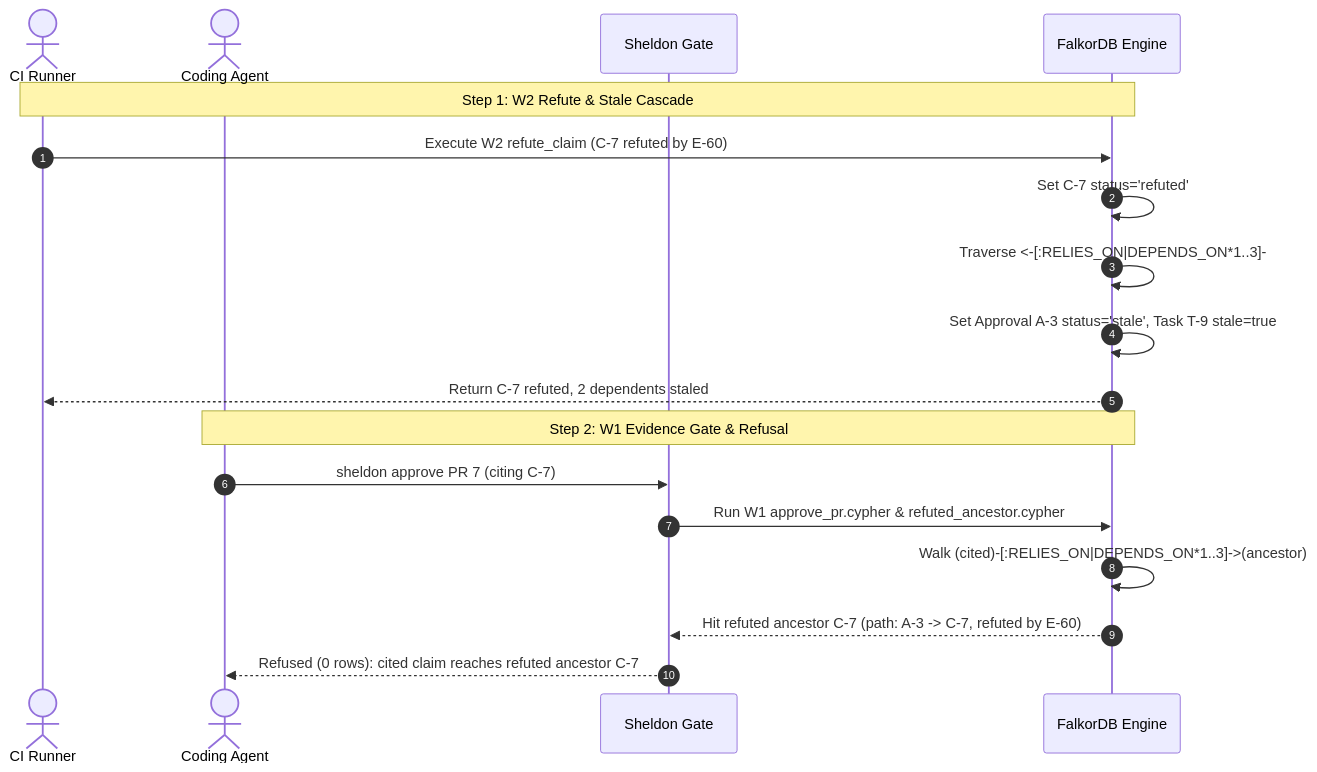
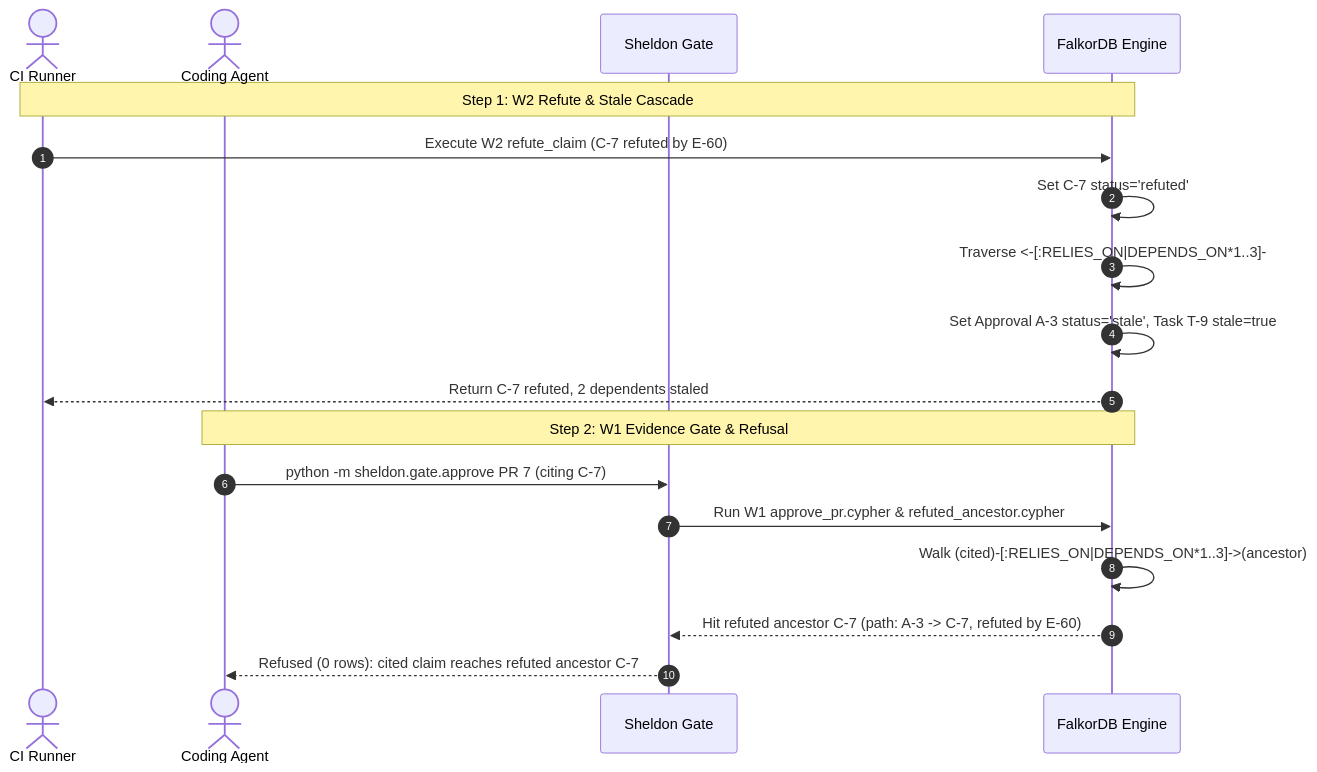
Before and after one commit to nothariharan/sheldon: the second of 2 diagrams in README.md, drawn with Mermaid. The commit also changed other lines of this file and 1 other file, not shown here.

````diff
--- a/README.md
+++ b/README.md
@@ -80,22 +80,22 @@
 ```mermaid
 sequenceDiagram
     autonumber
     actor CI as CI Runner
     actor Agent as Coding Agent
     participant Gate as Sheldon Gate
     participant FalkorDB as FalkorDB Engine
 
     Note over CI,FalkorDB: Step 1: W2 Refute & Stale Cascade
     CI->>FalkorDB: Execute W2 refute_claim (C-7 refuted by E-60)
     FalkorDB->>FalkorDB: Set C-7 status='refuted'
     FalkorDB->>FalkorDB: Traverse <-[:RELIES_ON|DEPENDS_ON*1..3]-
     FalkorDB->>FalkorDB: Set Approval A-3 status='stale', Task T-9 stale=true
     FalkorDB-->>CI: Return C-7 refuted, 2 dependents staled
 
     Note over Agent,FalkorDB: Step 2: W1 Evidence Gate & Refusal
-    Agent->>Gate: sheldon approve PR 7 (citing C-7)
+    Agent->>Gate: python -m sheldon.gate.approve PR 7 (citing C-7)
     Gate->>FalkorDB: Run W1 approve_pr.cypher & refuted_ancestor.cypher
     FalkorDB->>FalkorDB: Walk (cited)-[:RELIES_ON|DEPENDS_ON*1..3]->(ancestor)
     FalkorDB-->>Gate: Hit refuted ancestor C-7 (path: A-3 -> C-7, refuted by E-60)
     Gate-->>Agent: Refused (0 rows): cited claim reaches refuted ancestor C-7
 ```
````
